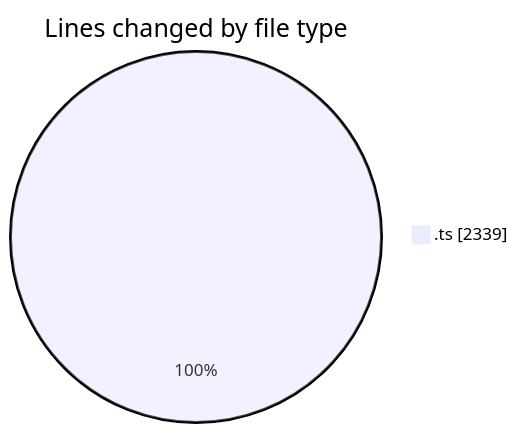
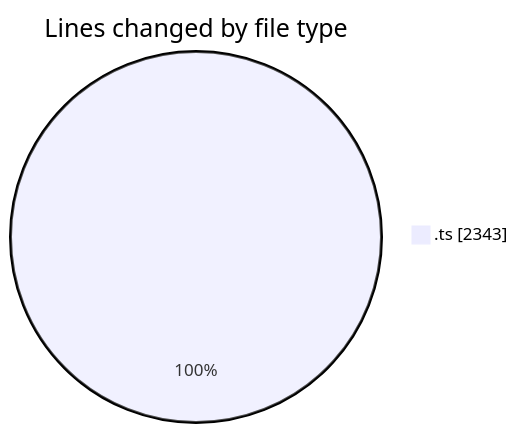
The first of 2 diagrams in 2025-10-23/cda/README.md (momahboobian/code-tracking), drawn with Mermaid before and after one commit. The commit also changed other lines of this file and 1 other file, not shown here.

````diff
--- a/2025-10-23/cda/README.md
+++ b/2025-10-23/cda/README.md
@@ -23,5 +23,5 @@
 ```mermaid
 pie showData
 title Lines changed by file type
-".ts" : 2339
+".ts" : 2343
 ```
````
